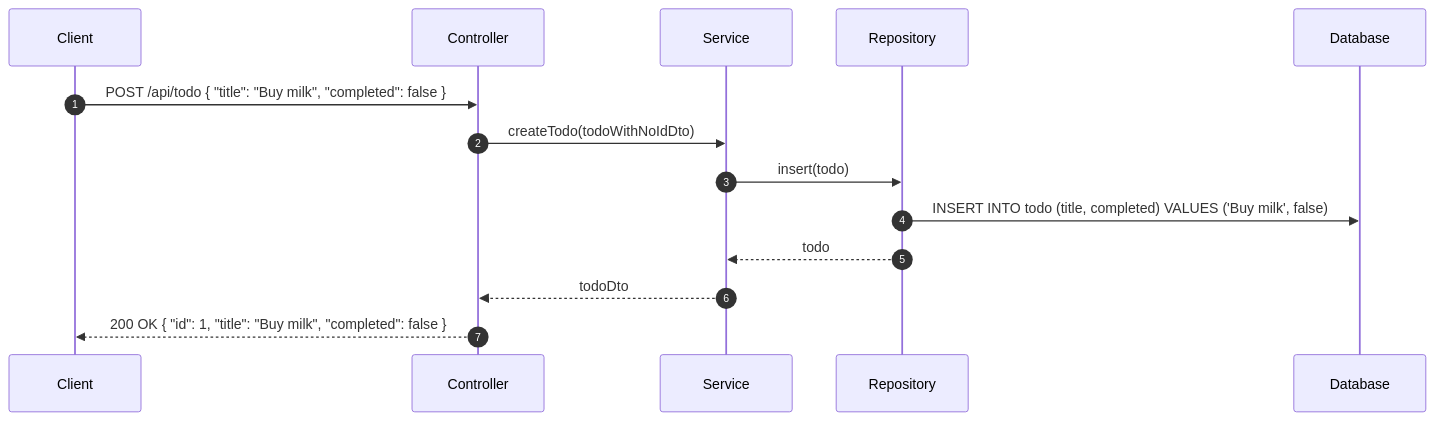
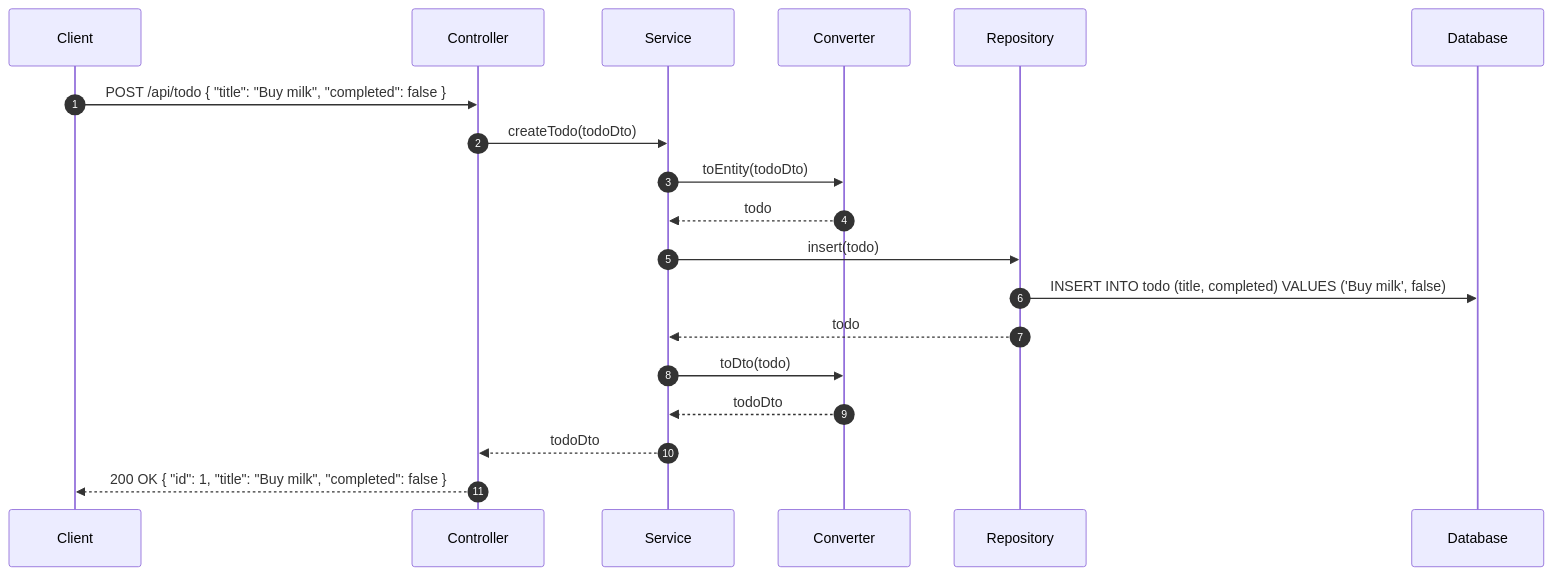
The diagram in docs/Architecture.md (wakusan61/spring-todo), drawn with Mermaid before and after one commit. The commit also changed other lines of this file, not shown here.

````diff
--- a/docs/Architecture.md
+++ b/docs/Architecture.md
@@ -5,17 +5,22 @@
 ```mermaid
 sequenceDiagram
     autonumber
     participant Cl as Client
     participant Ct as Controller
     participant S  as Service
+    participant C  as Converter
     participant R  as Repository
     participant D  as Database
     
     Cl ->> Ct: POST /api/todo { "title": "Buy milk", "completed": false }
-    Ct ->> S: createTodo(todoWithNoIdDto)
+    Ct ->> S: createTodo(todoDto)
+    S ->> C: toEntity(todoDto)
+    C -->> S: todo
     S ->> R: insert(todo)
     R ->> D: INSERT INTO todo (title, completed) VALUES ('Buy milk', false)
     R -->> S: todo
+    S ->> C: toDto(todo)
+    C -->> S: todoDto
     S -->> Ct: todoDto
     Ct -->> Cl: 200 OK { "id": 1, "title": "Buy milk", "completed": false }
 ```
````
